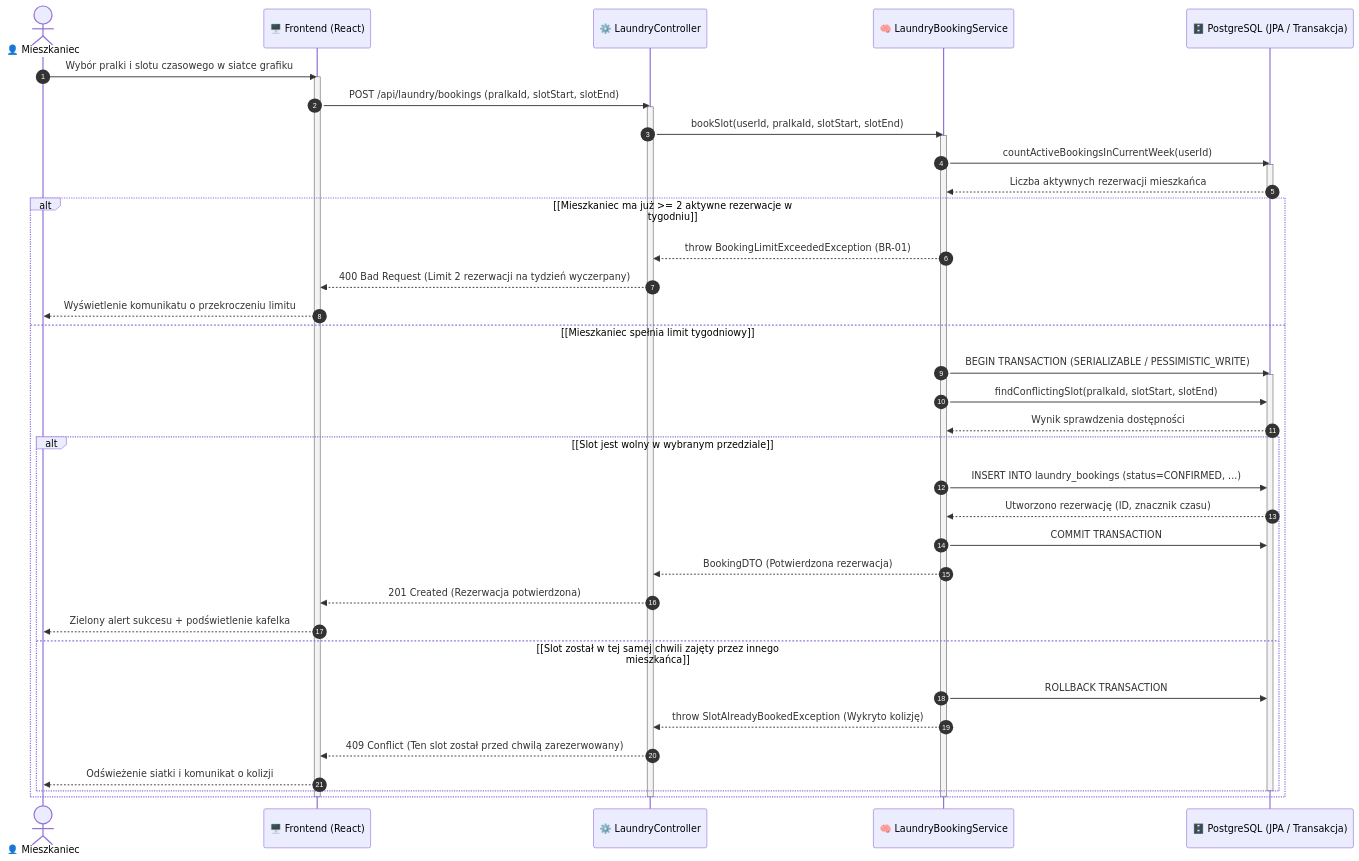
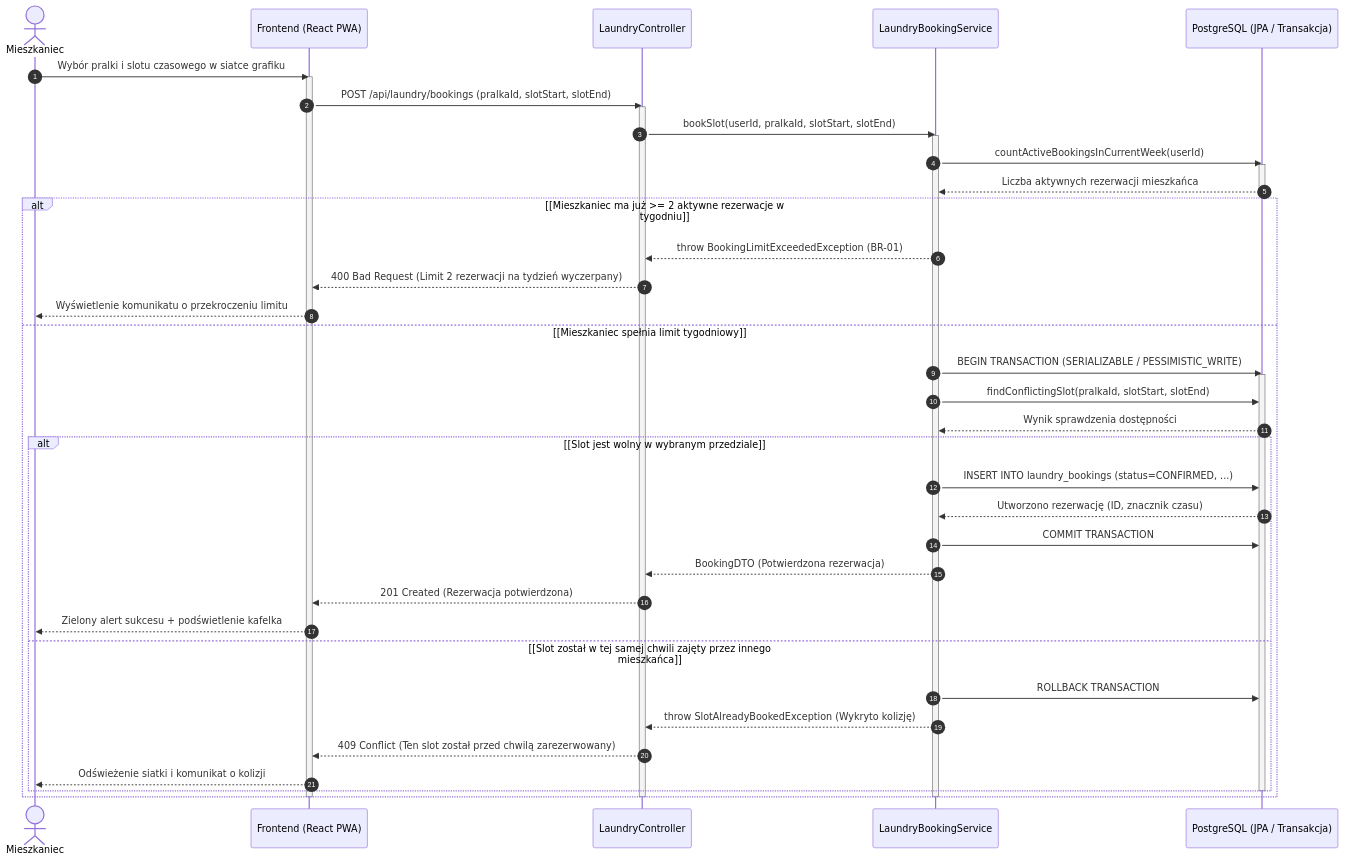
The second of 7 diagrams in Docs/Diagramy_Sekwencji.md (Buczy8/PKampus), drawn with Mermaid before and after one commit. The commit also changed other lines of this file and 3 other files, not shown here.

Commit message:
docs: update use case and sequence diagrams for PKampus system, improve clarity and consistency

````diff
--- a/Docs/Diagramy_Sekwencji.md
+++ b/Docs/Diagramy_Sekwencji.md
@@ -131,51 +135,51 @@
 ```mermaid
 sequenceDiagram
     autonumber
-    actor M as 👤 Mieszkaniec
-    participant UI as 🖥️ Frontend (React)
-    participant CTL as ⚙️ LaundryController
-    participant SVC as 🧠 LaundryBookingService
-    participant DB as 🗄️ PostgreSQL (JPA / Transakcja)
+    actor M as Mieszkaniec
+    participant UI as Frontend (React PWA)
+    participant CTL as LaundryController
+    participant SVC as LaundryBookingService
+    participant DB as PostgreSQL (JPA / Transakcja)
 
     M->>UI: Wybór pralki i slotu czasowego w siatce grafiku
     activate UI
     UI->>CTL: POST /api/laundry/bookings (pralkaId, slotStart, slotEnd)
     activate CTL
     CTL->>SVC: bookSlot(userId, pralkaId, slotStart, slotEnd)
     activate SVC
 
     %% Sprawdzenie reguł biznesowych
     SVC->>DB: countActiveBookingsInCurrentWeek(userId)
     activate DB
     DB-->>SVC: Liczba aktywnych rezerwacji mieszkańca
     deactivate DB
 
     alt [Mieszkaniec ma już >= 2 aktywne rezerwacje w tygodniu]
         SVC-->>CTL: throw BookingLimitExceededException (BR-01)
         CTL-->>UI: 400 Bad Request (Limit 2 rezerwacji na tydzień wyczerpany)
         UI-->>M: Wyświetlenie komunikatu o przekroczeniu limitu
     else [Mieszkaniec spełnia limit tygodniowy]
         SVC->>DB: BEGIN TRANSACTION (SERIALIZABLE / PESSIMISTIC_WRITE)
         activate DB
         SVC->>DB: findConflictingSlot(pralkaId, slotStart, slotEnd)
         DB-->>SVC: Wynik sprawdzenia dostępności
 
         alt [Slot jest wolny w wybranym przedziale]
             SVC->>DB: INSERT INTO laundry_bookings (status=CONFIRMED, ...)
             DB-->>SVC: Utworzono rezerwację (ID, znacznik czasu)
             SVC->>DB: COMMIT TRANSACTION
             SVC-->>CTL: BookingDTO (Potwierdzona rezerwacja)
             CTL-->>UI: 201 Created (Rezerwacja potwierdzona)
             UI-->>M: Zielony alert sukcesu + podświetlenie kafelka
         else [Slot został w tej samej chwili zajęty przez innego mieszkańca]
             SVC->>DB: ROLLBACK TRANSACTION
             SVC-->>CTL: throw SlotAlreadyBookedException (Wykryto kolizję)
             CTL-->>UI: 409 Conflict (Ten slot został przed chwilą zarezerwowany)
             UI-->>M: Odświeżenie siatki i komunikat o kolizji
         end
         deactivate DB
     end
     deactivate SVC
     deactivate CTL
     deactivate UI
 ```
````
